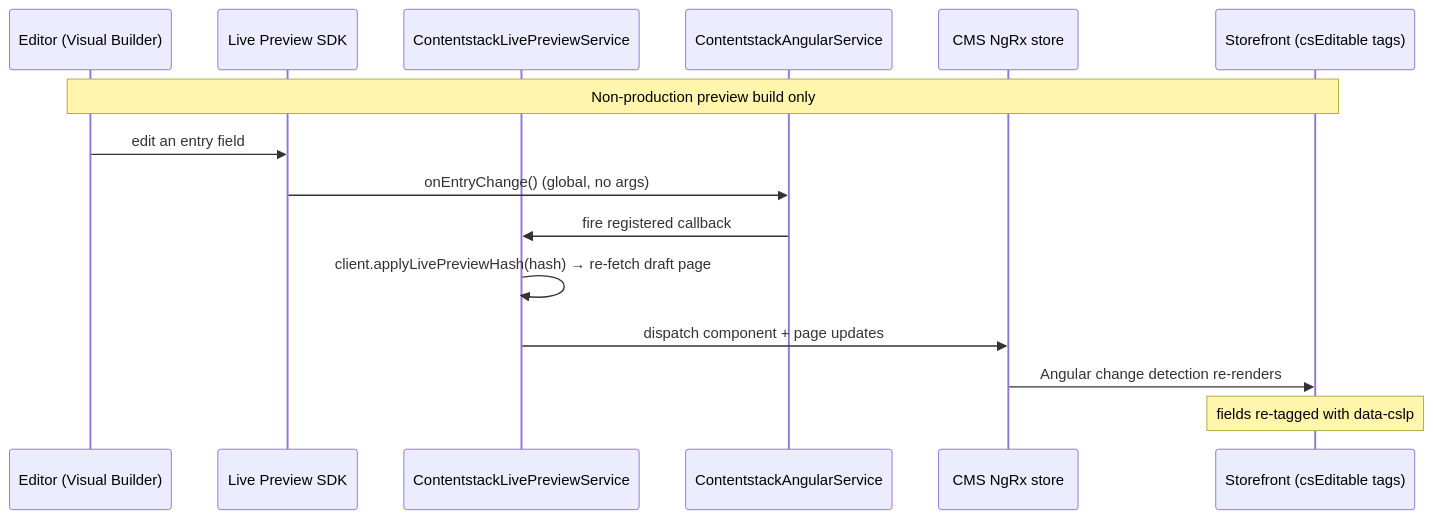
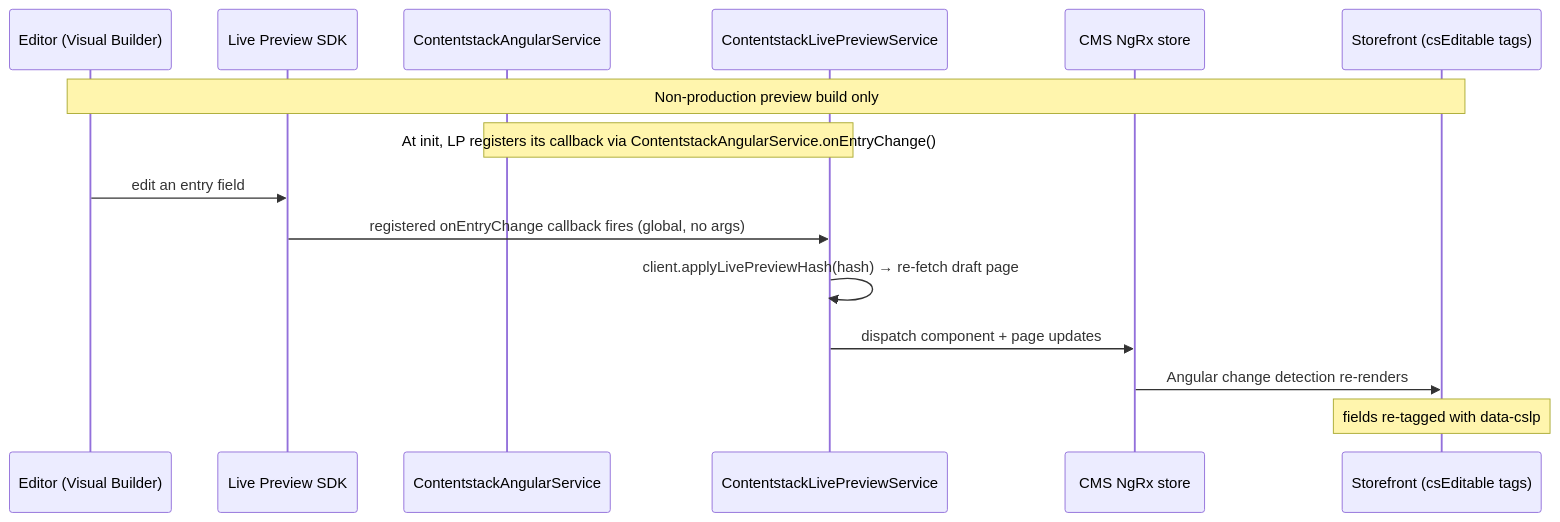
Before and after one commit to contentstack/contentstack-spartacus-connector: the diagram in docs/live-preview.md, drawn with Mermaid. The commit also changed other lines of this file and 7 other files, not shown here.

````diff
--- a/docs/live-preview.md
+++ b/docs/live-preview.md
@@ -80,17 +80,17 @@
 ```mermaid
 sequenceDiagram
     participant Ed as Editor (Visual Builder)
     participant SDK as Live Preview SDK
+    participant NG as ContentstackAngularService
     participant LP as ContentstackLivePreviewService
-    participant NG as ContentstackAngularService
     participant Store as CMS NgRx store
     participant DOM as Storefront (csEditable tags)
     Note over Ed,DOM: Non-production preview build only
+    Note over NG,LP: At init, LP registers its callback via ContentstackAngularService.onEntryChange()
     Ed->>SDK: edit an entry field
-    SDK->>NG: onEntryChange() (global, no args)
-    NG->>LP: fire registered callback
+    SDK->>LP: registered onEntryChange callback fires (global, no args)
     LP->>LP: client.applyLivePreviewHash(hash) → re-fetch draft page
     LP->>Store: dispatch component + page updates
     Store->>DOM: Angular change detection re-renders
     Note over DOM: fields re-tagged with data-cslp
 ```
````
